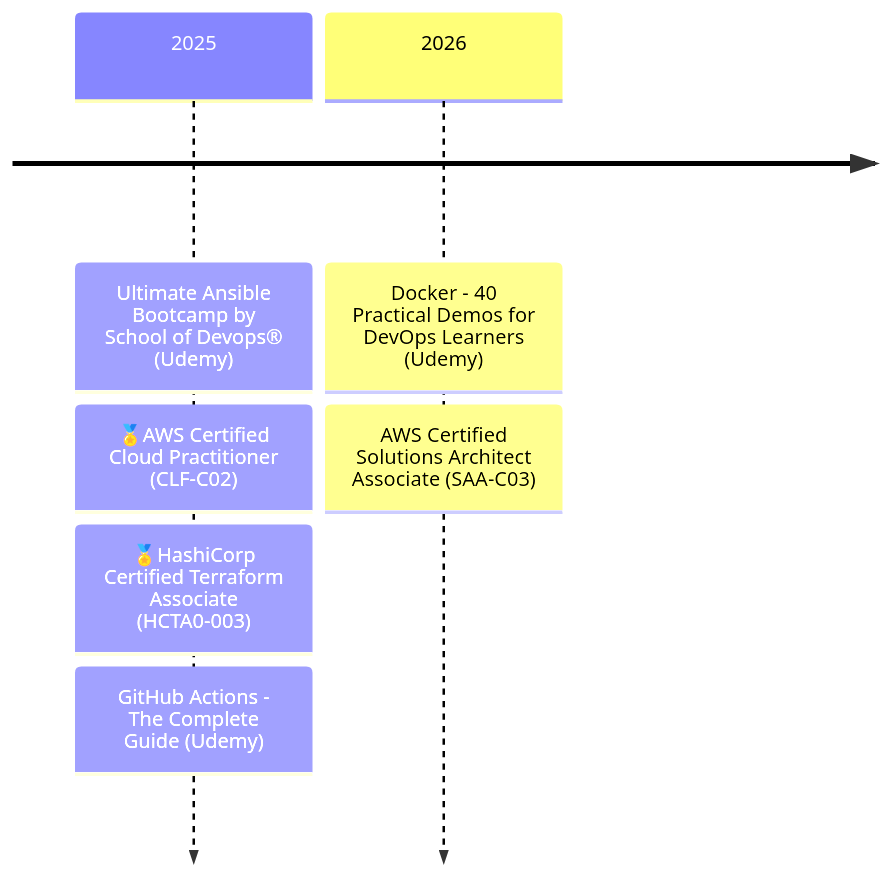
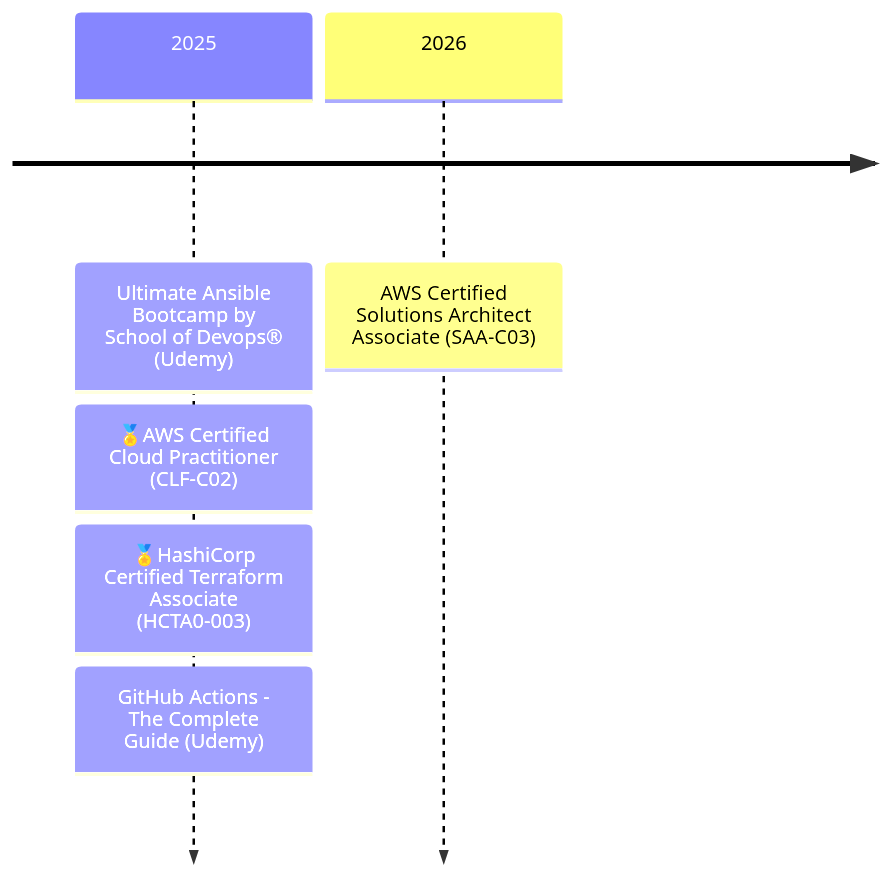
Before and after one commit to rtdevx/rtdevx.github.io: the diagram in content/about.md, drawn with Mermaid.

Commit message:
Obsidian sync: 2026-01-20 11:39:50

```diff
--- a/content/about.md
+++ b/content/about.md
@@ -65,9 +65,8 @@
 {{< mermaid >}}
 timeline    
     2025 : Ultimate Ansible Bootcamp by School of Devops® (Udemy)
          : 🏅AWS Certified Cloud Practitioner (CLF-C02)
          : 🏅HashiCorp Certified Terraform Associate (HCTA0-003)
          : GitHub Actions - The Complete Guide (Udemy)
-    2026 : Docker - 40 Practical Demos for DevOps Learners (Udemy)
-        : AWS Certified Solutions Architect Associate (SAA-C03)
+    2026 : AWS Certified Solutions Architect Associate (SAA-C03)
 {{< /mermaid >}}
```
